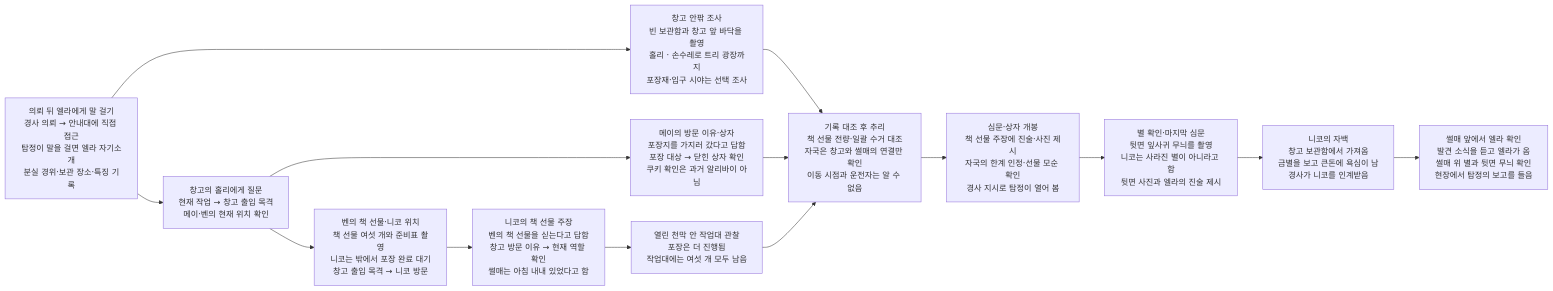
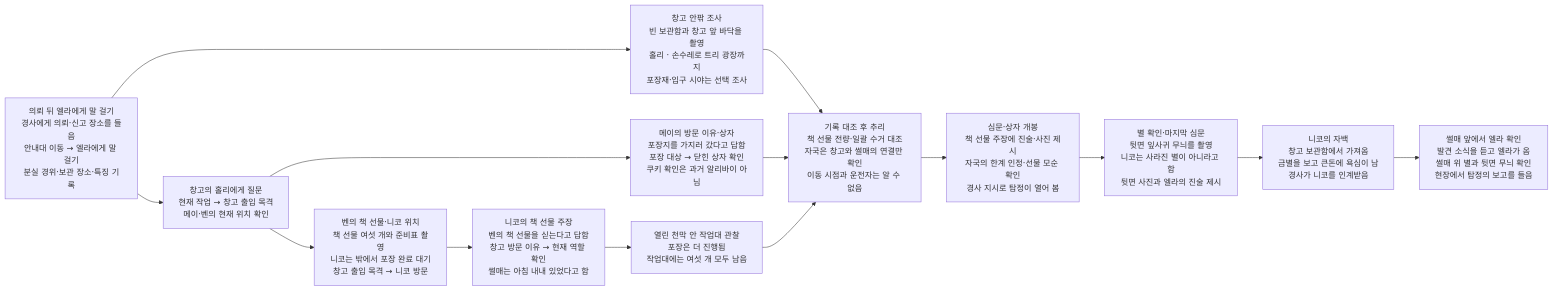
The second of 2 diagrams in design/case-10-christmas-star.md (wonny95/detective-v2), drawn with Mermaid before and after one commit. The commit also changed other lines of this file and 2 other files, not shown here.

Commit message:
기획: 크리스마스 안내대 방문 근거 보강

````diff
--- a/design/case-10-christmas-star.md
+++ b/design/case-10-christmas-star.md
@@ -47,28 +47,28 @@
 ```mermaid
 flowchart LR
-    s1["의뢰 뒤 엘라에게 말 걸기<br/>경사 의뢰 → 안내대에 직접 접근<br/>탐정이 말을 걸면 엘라 자기소개<br/>분실 경위·보관 장소·특징 기록"]
+    s1["의뢰 뒤 엘라에게 말 걸기<br/>경사에게 의뢰·신고 장소를 들음<br/>안내대 이동 → 엘라에게 말 걸기<br/>분실 경위·보관 장소·특징 기록"]
     s2["창고의 홀리에게 질문<br/>현재 작업 → 창고 출입 목격<br/>메이·벤의 현재 위치 확인"]
     s3["창고 안팎 조사<br/>빈 보관함과 창고 앞 바닥을 촬영<br/>홀리 · 손수레로 트리 광장까지<br/>포장재·입구 시야는 선택 조사"]
     s4["메이의 방문 이유·상자<br/>포장지를 가지러 갔다고 답함<br/>포장 대상 → 닫힌 상자 확인<br/>쿠키 확인은 과거 알리바이 아님"]
     s5["벤의 책 선물·니코 위치<br/>책 선물 여섯 개와 준비표 촬영<br/>니코는 밖에서 포장 완료 대기<br/>창고 출입 목격 → 니코 방문"]
     s6["니코의 책 선물 주장<br/>벤의 책 선물을 싣는다고 답함<br/>창고 방문 이유 → 현재 역할 확인<br/>썰매는 아침 내내 있었다고 함"]
     s7["열린 천막 안 작업대 관찰<br/>포장은 더 진행됨<br/>작업대에는 여섯 개 모두 남음"]
     s8["기록 대조 후 추리<br/>책 선물 전량·일괄 수거 대조<br/>자국은 창고와 썰매의 연결만 확인<br/>이동 시점과 운전자는 알 수 없음"]
     s9["심문·상자 개봉<br/>책 선물 주장에 진술·사진 제시<br/>자국의 한계 인정·선물 모순 확인<br/>경사 지시로 탐정이 열어 봄"]
     s10["별 확인·마지막 심문<br/>뒷면 잎사귀 무늬를 촬영<br/>니코는 사라진 별이 아니라고 함<br/>뒷면 사진과 엘라의 진술 제시"]
     s11["니코의 자백<br/>창고 보관함에서 가져옴<br/>금별을 보고 큰돈에 욕심이 남<br/>경사가 니코를 인계받음"]
     s12["썰매 앞에서 엘라 확인<br/>발견 소식을 듣고 엘라가 옴<br/>썰매 위 별과 뒷면 무늬 확인<br/>현장에서 탐정의 보고를 들음"]
     s1 --> s2
     s1 --> s3
     s2 --> s4
     s2 --> s5
     s3 --> s8
     s4 --> s8
     s5 --> s6
     s6 --> s7
     s7 --> s8
     s8 --> s9
     s9 --> s10
     s10 --> s11
     s11 --> s12
 ```
````
